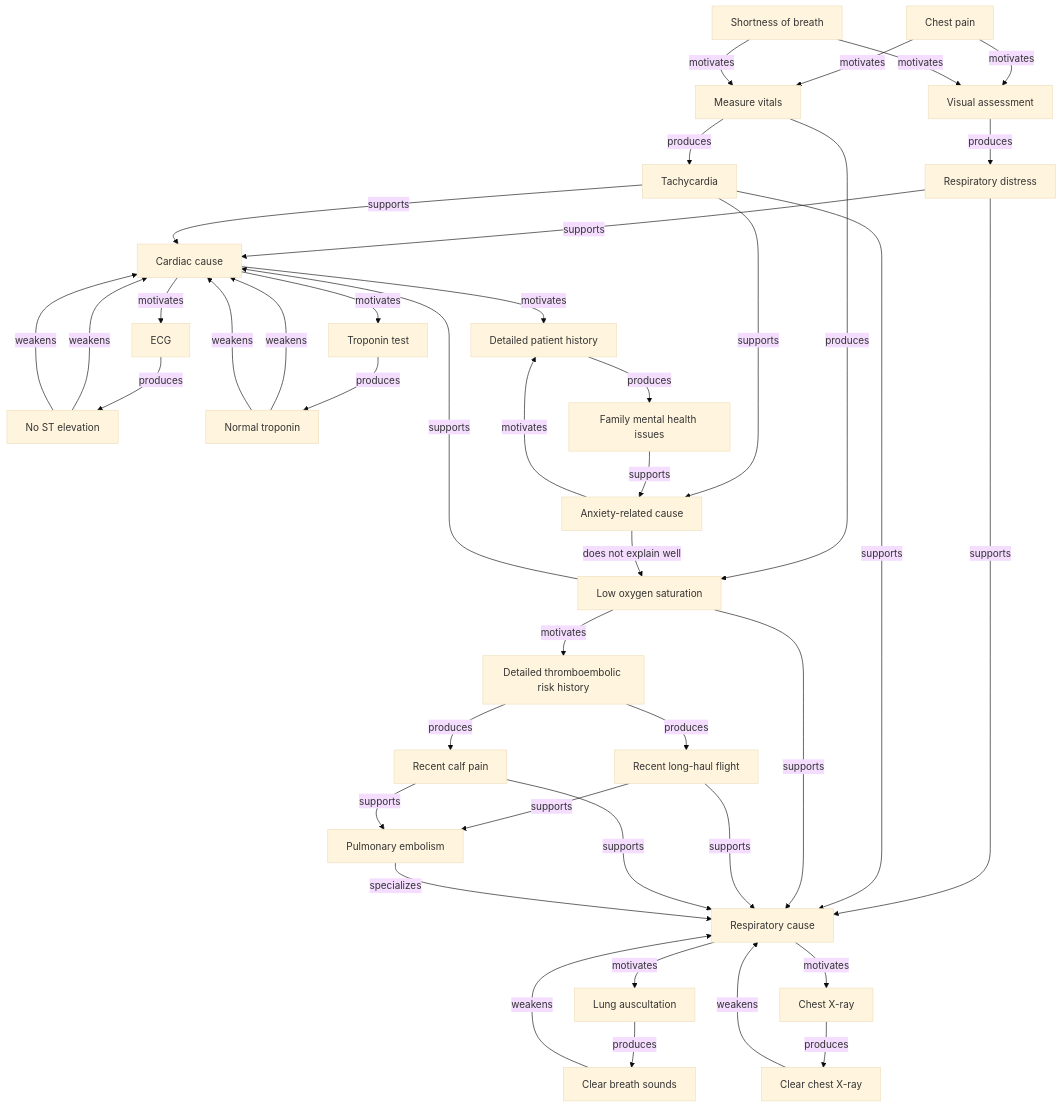
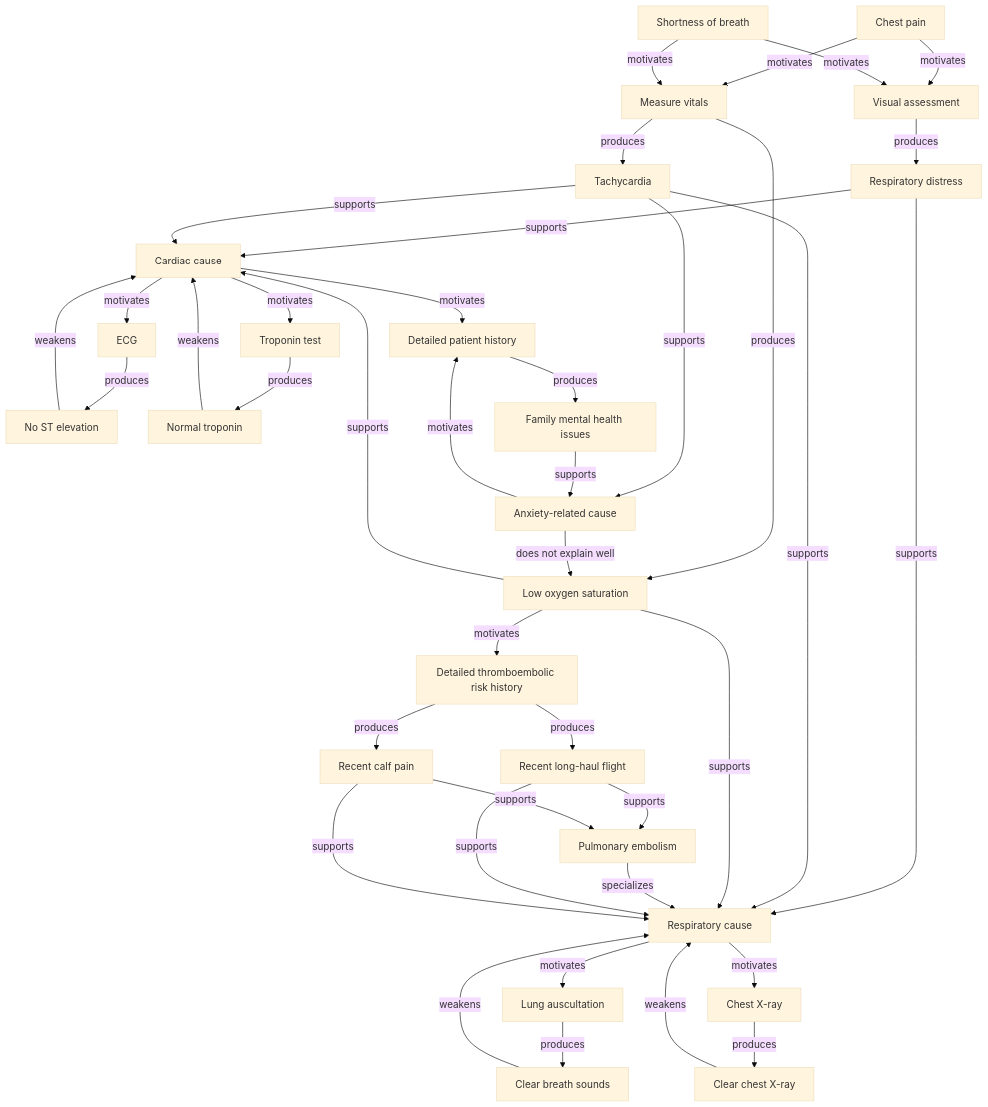
The diagram in diagrams/medical.mmd (kahunacohen/why), drawn with Mermaid (base theme) before and after one commit.

```diff
--- a/diagrams/medical.mmd
+++ b/diagrams/medical.mmd
@@ -1,127 +1,138 @@
 flowchart TD
 
 %% =====================================================
 %% Initial presentation
 %% =====================================================
 
 C1["Chest pain"]
 C2["Shortness of breath"]
 
 %% =====================================================
 %% Initial investigation
 %% =====================================================
 
 A1["Visual assessment"]
 A2["Measure vitals"]
 
 C1 -->|motivates| A1
 C2 -->|motivates| A1
 
 C1 -->|motivates| A2
 C2 -->|motivates| A2
 
 %% =====================================================
 %% Initial observations
 %% =====================================================
 
 O1["Respiratory distress"]
 O2["Tachycardia"]
 O3["Low oxygen saturation"]
 
 A1 -->|produces| O1
 
 A2 -->|produces| O2
 A2 -->|produces| O3
 
 %% =====================================================
 %% Initial hypotheses
 %% =====================================================
 
 H1["Respiratory cause"]
 H2["Cardiac cause"]
 H3["Anxiety-related cause"]
 
 O1 -->|supports| H1
 O1 -->|supports| H2
 
 O2 -->|supports| H1
 O2 -->|supports| H2
 O2 -->|supports| H3
 
 O3 -->|supports| H1
 O3 -->|supports| H2
 
 %% =====================================================
-%% Follow-up actions motivated by hypotheses
+%% Follow-up actions
 %% =====================================================
 
 A3["ECG"]
 A4["Troponin test"]
 
 A5["Lung auscultation"]
 A6["Chest X-ray"]
 
 A7["Detailed patient history"]
 
 H2 -->|motivates| A3
 H2 -->|motivates| A4
 
 H1 -->|motivates| A5
 H1 -->|motivates| A6
 
 H2 -->|motivates| A7
 H3 -->|motivates| A7
 
 %% =====================================================
 %% Follow-up observations
 %% =====================================================
 
 O4["No ST elevation"]
 O6["Normal troponin"]
 
-O4 --> |weakens| H2
-O6 --> |weakens| H2
-
-
 O7["Clear chest X-ray"]
 O8["Clear breath sounds"]
 
 O5["Family mental health issues"]
 
 A3 -->|produces| O4
 A4 -->|produces| O6
 
 A6 -->|produces| O7
 A5 -->|produces| O8
 
 A7 -->|produces| O5
 
 %% =====================================================
 %% Evidence updates hypotheses
 %% =====================================================
 
 O4 -->|weakens| H2
 O6 -->|weakens| H2
 
 O7 -->|weakens| H1
 O8 -->|weakens| H1
 
 O5 -->|supports| H3
 
+%% =====================================================
+%% Unexplained low oxygen saturation
+%% =====================================================
+
 A8["Detailed thromboembolic risk history"]
 
 H3 -->|does not explain well| O3
 O3 -->|motivates| A8
 
+%% =====================================================
+%% Additional risk-factor observations
+%% =====================================================
+
 O9["Recent long-haul flight"]
 O10["Recent calf pain"]
+
 A8 -->|produces| O9
 A8 -->|produces| O10
 
-O9 --> |supports| H1
-O10 --> |supports| H1
+%% =====================================================
+%% Refined hypothesis
+%% =====================================================
 
 H4["Pulmonary embolism"]
+
 H4 -->|specializes| H1
-O9 --> |supports| H4
-O10 --> |supports| H4
+
+O9 -->|supports| H1
+O10 -->|supports| H1
+
+O9 -->|supports| H4
+O10 -->|supports| H4
```
